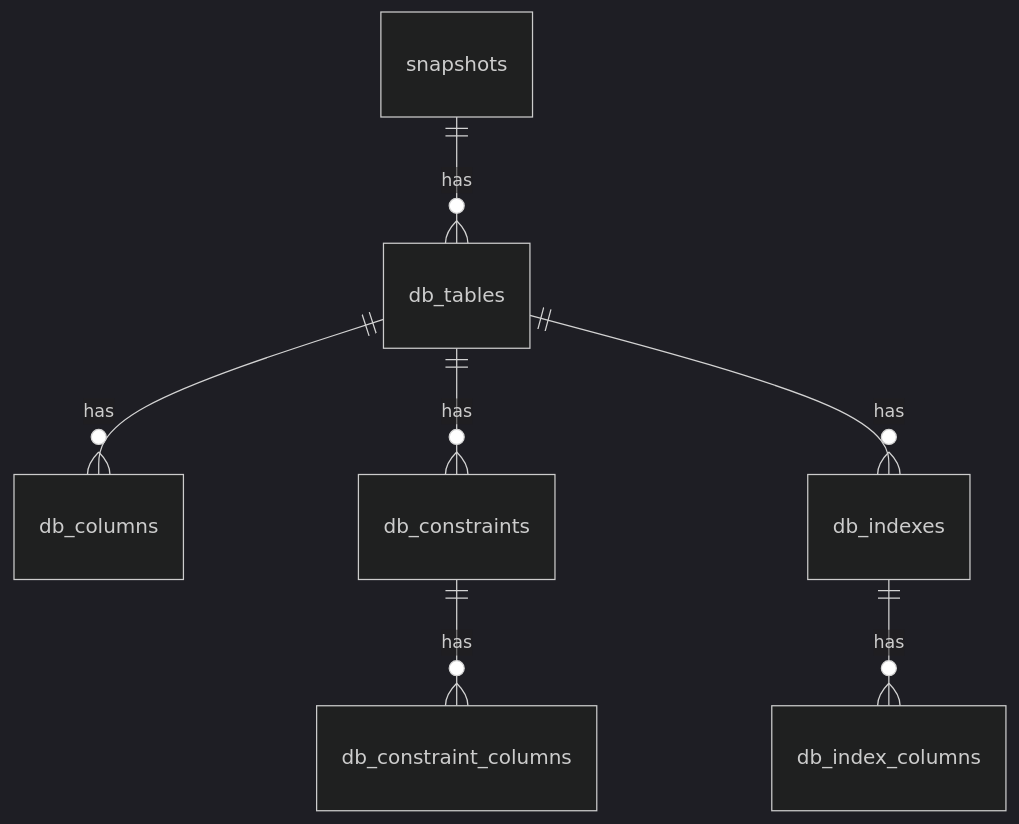
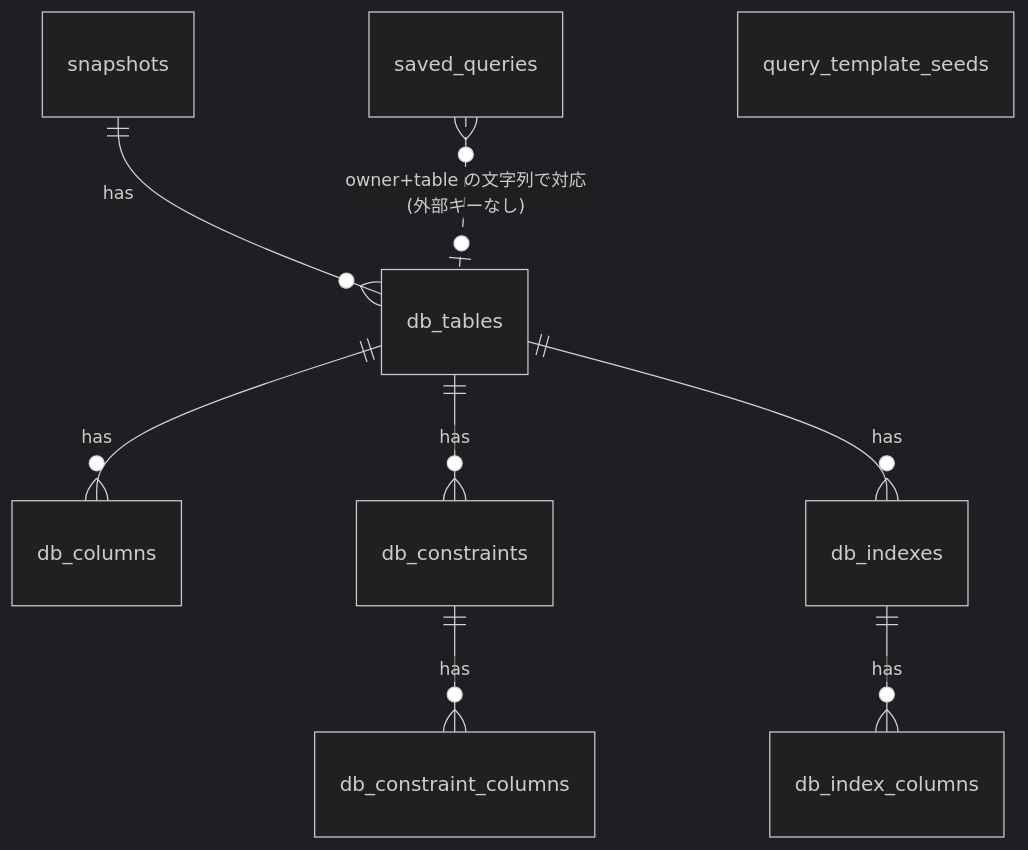
Before and after one commit to kagyuu/DbFAQ: the first of 6 diagrams in docs/P002-frontend-spec.md, drawn with Mermaid (dark theme). The commit also changed other lines of this file and 88 other files, not shown here.

````diff
--- a/docs/P002-frontend-spec.md
+++ b/docs/P002-frontend-spec.md
@@ -508,9 +698,11 @@
 ```mermaid
 erDiagram
   snapshots ||--o{ db_tables : has
   db_tables ||--o{ db_columns : has
   db_tables ||--o{ db_constraints : has
   db_constraints ||--o{ db_constraint_columns : has
   db_tables ||--o{ db_indexes : has
   db_indexes ||--o{ db_index_columns : has
+  saved_queries }o..o| db_tables : "owner+table の文字列で対応(外部キーなし)"
+  query_template_seeds
 ```
````
